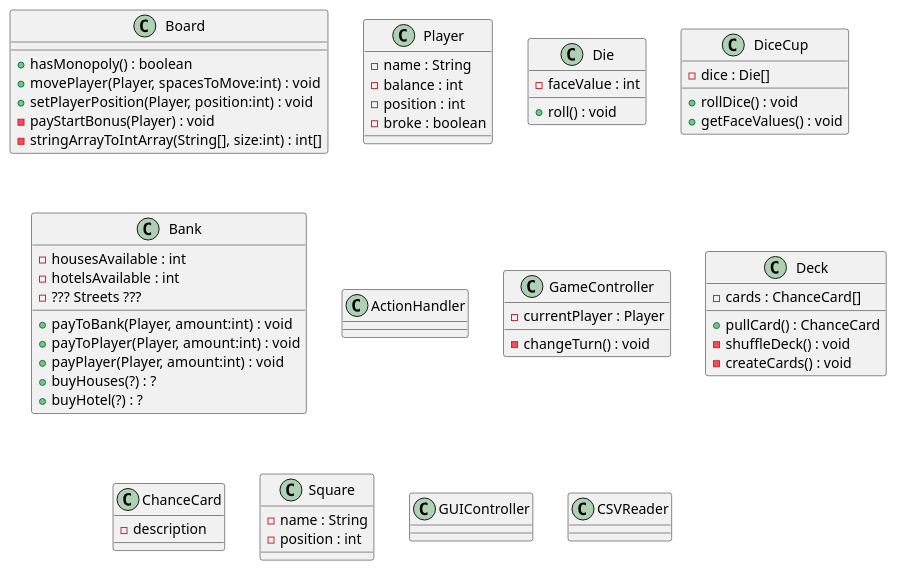
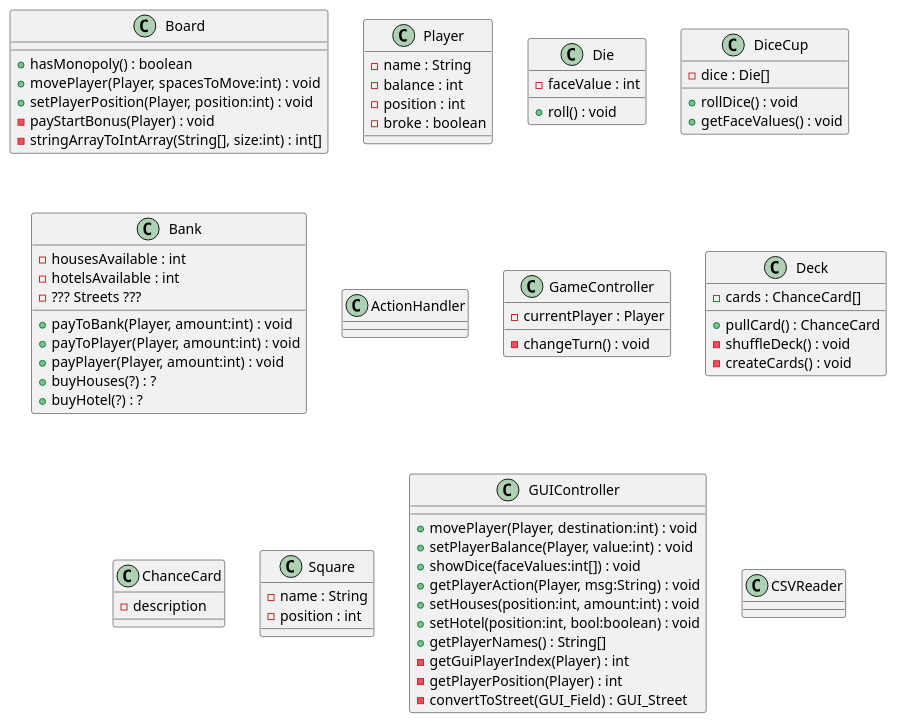
One commit to Greve2001/CDIO-final changed the diagram in diagrams/design_class_diagram.puml. Above: the diagram before and after it, drawn with PlantUML. The commit also changed 1 other file, not shown here.

Commit message:
Added changes to design class diagram regarding GUIController

```diff
--- a/diagrams/design_class_diagram.puml
+++ b/diagrams/design_class_diagram.puml
@@ -1,96 +1,108 @@
 @startuml
 
 skinparam groupInheritance 2
 
 skinparam linetype polyline
 
 class Board
 class Player
 class Die
 class DiceCup
 class Bank
 class ActionHandler
 class GameController
 class Deck
 class ChanceCard
 class Square
 
 
 class GUIController
 class CSVReader
 
 
 
 
 
 class Board {
     +hasMonopoly() : boolean
     +movePlayer(Player, spacesToMove:int) : void
     +setPlayerPosition(Player, position:int) : void
     -payStartBonus(Player) : void
     -stringArrayToIntArray(String[], size:int) : int[]
 }
 
 class Square {
     -name : String
     -position : int
 }
 
 
 class Player {
     -name : String
     -balance : int
     -position : int
     -broke : boolean
 }
 
 class Die {
     -faceValue : int
 
     +roll() : void
 }
 
 class DiceCup {
     -dice : Die[]
 
     +rollDice() : void
     +getFaceValues() : void
 }
 
 class Bank {
     -housesAvailable : int
     -hotelsAvailable : int
     -??? Streets ???
 
     +payToBank(Player, amount:int) : void
     +payToPlayer(Player, amount:int) : void
     +payPlayer(Player, amount:int) : void
     +buyHouses(?) : ?
     +buyHotel(?) : ?
 }
 
 class ActionHandler {
 
 }
 
 class GameController {
     -currentPlayer : Player
 
     -changeTurn() : void
 }
 
 class Deck {
     -cards : ChanceCard[]
 
     +pullCard() : ChanceCard
     -shuffleDeck() : void
     -createCards() : void
 }
 
 class ChanceCard{
     -description
 }
 
+class GUIController{
+    +movePlayer(Player, destination:int) : void
+    +setPlayerBalance(Player, value:int) : void
+    +showDice(faceValues:int[]) : void
+    +getPlayerAction(Player, msg:String) : void
+    +setHouses(position:int, amount:int) : void
+    +setHotel(position:int, bool:boolean) : void
+    +getPlayerNames() : String[]
+    -getGuiPlayerIndex(Player) : int
+    -getPlayerPosition(Player) : int
+    -convertToStreet(GUI_Field) : GUI_Street
+}
 
 
 @enduml
```
